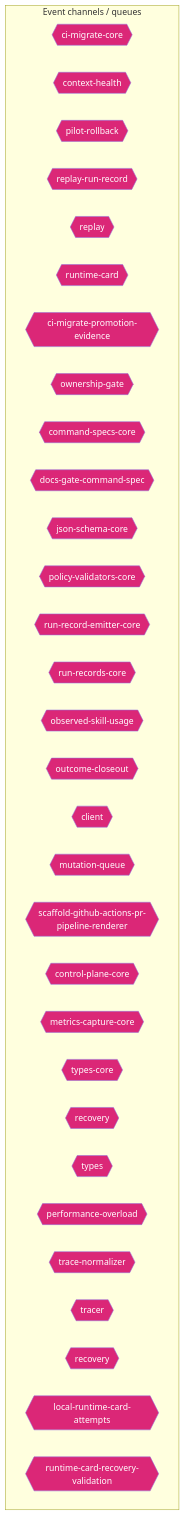
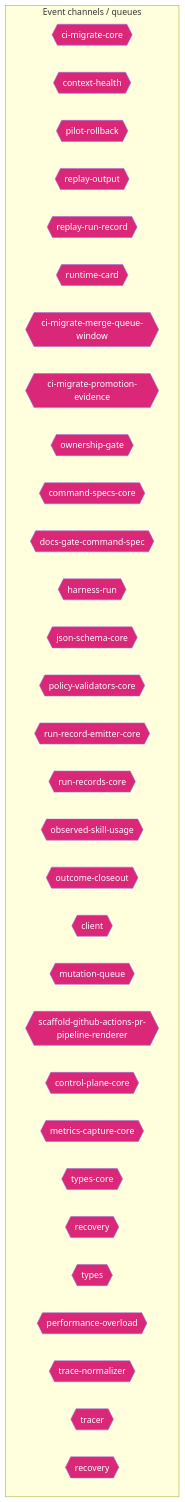
One commit to jscraik/coding-harness changed the ninth of 14 diagrams in AI/context/diagram-context.md. Above: the diagram before and after it, drawn with Mermaid. The commit also changed other lines of this file and 157 other files, not shown here.

````diff
--- a/AI/context/diagram-context.md
+++ b/AI/context/diagram-context.md
@@ -916,38 +1001,38 @@
 ```mermaid
 flowchart TD
   subgraph Channels["Event channels / queues"]
     ci_migrate_core_7005b5af{{"ci-migrate-core"}}
     context_health_80bb7da9{{"context-health"}}
     pilot_rollback_00c1f82c{{"pilot-rollback"}}
+    replay_output_993eda9e{{"replay-output"}}
     replay_run_record_9a08cce2{{"replay-run-record"}}
-    replay_ac203c98{{"replay"}}
     runtime_card_e06b53e1{{"runtime-card"}}
+    ci_migrate_merge_queue_window_0070bd6d{{"ci-migrate-merge-queue-window"}}
     ci_migrate_promotion_evidence_1a2dc527{{"ci-migrate-promotion-evidence"}}
     ownership_gate_2e194d13{{"ownership-gate"}}
     command_specs_core_1c0ffc99{{"command-specs-core"}}
     docs_gate_command_spec_16795187{{"docs-gate-command-spec"}}
+    harness_run_c0761792{{"harness-run"}}
     json_schema_core_96d7e328{{"json-schema-core"}}
     policy_validators_core_714a3fe7{{"policy-validators-core"}}
     run_record_emitter_core_688049d5{{"run-record-emitter-core"}}
     run_records_core_89286dfa{{"run-records-core"}}
     observed_skill_usage_ed7d5930{{"observed-skill-usage"}}
     outcome_closeout_ba497ec2{{"outcome-closeout"}}
     client_948fe603{{"client"}}
     mutation_queue_ce5a530e{{"mutation-queue"}}
     scaffold_github_actions_pr_pipeline_renderer_1ee18de5{{"scaffold-github-actions-pr-pipeline-renderer"}}
     control_plane_core_db3b4cb2{{"control-plane-core"}}
     metrics_capture_core_db4bf7cf{{"metrics-capture-core"}}
     types_core_1_8bd0f8fd{{"types-core"}}
     recovery_8c585378{{"recovery"}}
-    types_14_fe7507be{{"types"}}
+    types_16_0fae1112{{"types"}}
     performance_overload_c685bfcf{{"performance-overload"}}
     trace_normalizer_cb1be1d2{{"trace-normalizer"}}
     tracer_1e6243a2{{"tracer"}}
     recovery_1_4d1804ab{{"recovery"}}
-    local_runtime_card_attempts_28aa46ea{{"local-runtime-card-attempts"}}
-    runtime_card_recovery_validation_e216d883{{"runtime-card-recovery-validation"}}
   end
   classDef eventNode fill:#db2777,color:#fff
-  class ci_migrate_core_7005b5af,context_health_80bb7da9,pilot_rollback_00c1f82c,replay_run_record_9a08cce2,replay_ac203c98,runtime_card_e06b53e1,ci_migrate_promotion_evidence_1a2dc527,ownership_gate_2e194d13,command_specs_core_1c0ffc99,docs_gate_command_spec_16795187,json_schema_core_96d7e328,policy_validators_core_714a3fe7,run_record_emitter_core_688049d5,run_records_core_89286dfa,observed_skill_usage_ed7d5930,outcome_closeout_ba497ec2,client_948fe603,mutation_queue_ce5a530e,scaffold_github_actions_pr_pipeline_renderer_1ee18de5,control_plane_core_db3b4cb2,metrics_capture_core_db4bf7cf,types_core_1_8bd0f8fd,recovery_8c585378,types_14_fe7507be,performance_overload_c685bfcf,trace_normalizer_cb1be1d2,tracer_1e6243a2,recovery_1_4d1804ab,local_runtime_card_attempts_28aa46ea,runtime_card_recovery_validation_e216d883 eventNode
+  class ci_migrate_core_7005b5af,context_health_80bb7da9,pilot_rollback_00c1f82c,replay_output_993eda9e,replay_run_record_9a08cce2,runtime_card_e06b53e1,ci_migrate_merge_queue_window_0070bd6d,ci_migrate_promotion_evidence_1a2dc527,ownership_gate_2e194d13,command_specs_core_1c0ffc99,docs_gate_command_spec_16795187,harness_run_c0761792,json_schema_core_96d7e328,policy_validators_core_714a3fe7,run_record_emitter_core_688049d5,run_records_core_89286dfa,observed_skill_usage_ed7d5930,outcome_closeout_ba497ec2,client_948fe603,mutation_queue_ce5a530e,scaffold_github_actions_pr_pipeline_renderer_1ee18de5,control_plane_core_db3b4cb2,metrics_capture_core_db4bf7cf,types_core_1_8bd0f8fd,recovery_8c585378,types_16_0fae1112,performance_overload_c685bfcf,trace_normalizer_cb1be1d2,tracer_1e6243a2,recovery_1_4d1804ab eventNode
 
 ```
````
